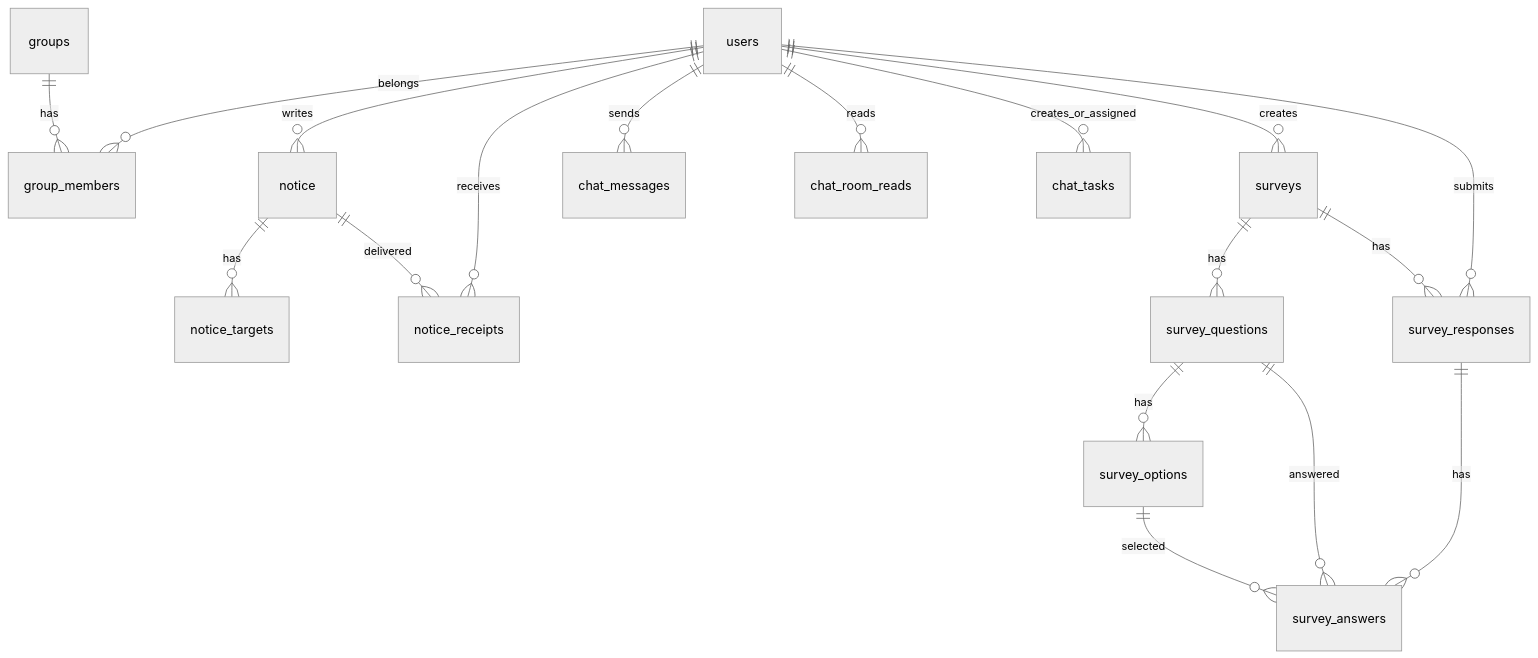
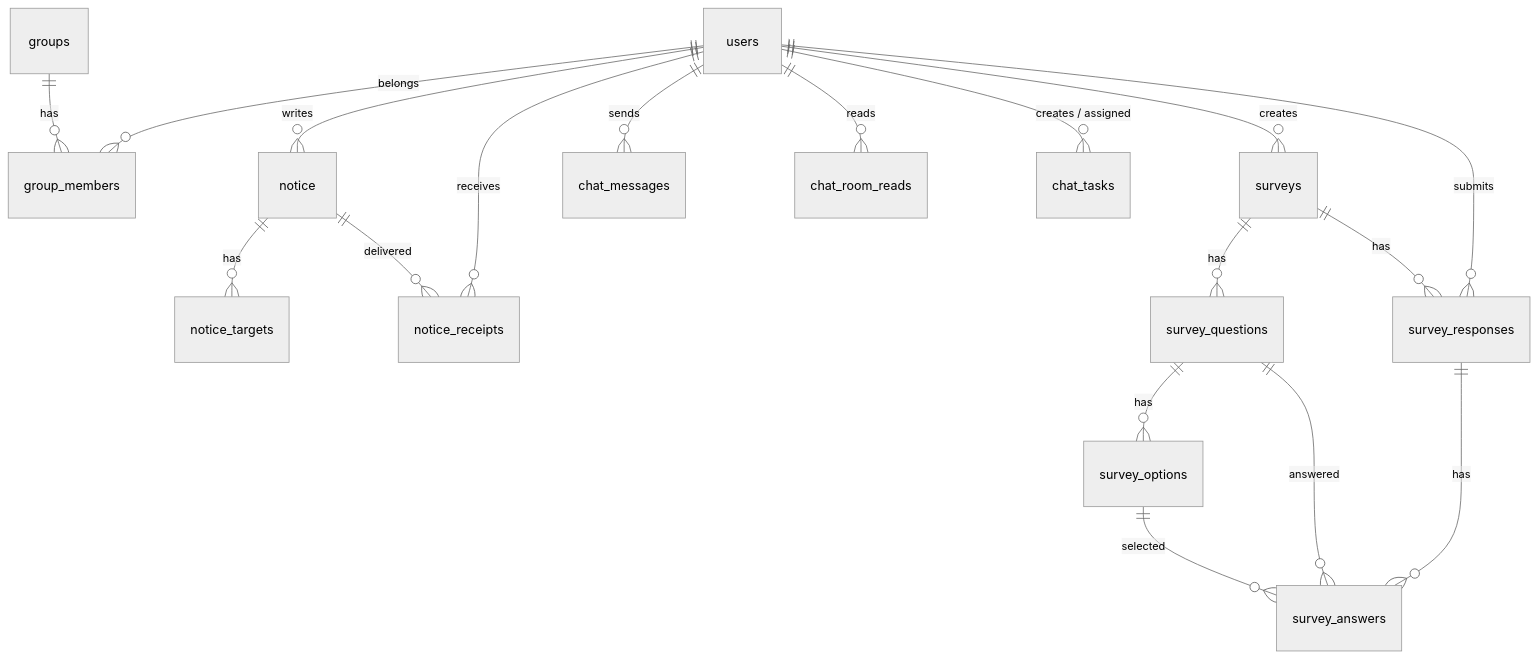
The diagram in README.md (ssuukko/allimjang), drawn with Mermaid (neutral theme) before and after one commit. The commit also changed other lines of this file and 1 other file, not shown here.

````diff
--- a/README.md
+++ b/README.md
@@ -65,23 +108,23 @@
 ```mermaid
 erDiagram
     users ||--o{ group_members : belongs
     groups ||--o{ group_members : has
 
     users ||--o{ notice : writes
     notice ||--o{ notice_targets : has
     notice ||--o{ notice_receipts : delivered
     users ||--o{ notice_receipts : receives
 
     users ||--o{ chat_messages : sends
     users ||--o{ chat_room_reads : reads
-    users ||--o{ chat_tasks : creates_or_assigned
+    users ||--o{ chat_tasks : "creates / assigned"
 
     users ||--o{ surveys : creates
     surveys ||--o{ survey_questions : has
     survey_questions ||--o{ survey_options : has
     surveys ||--o{ survey_responses : has
     users ||--o{ survey_responses : submits
     survey_responses ||--o{ survey_answers : has
     survey_questions ||--o{ survey_answers : answered
     survey_options ||--o{ survey_answers : selected
 ```
````
